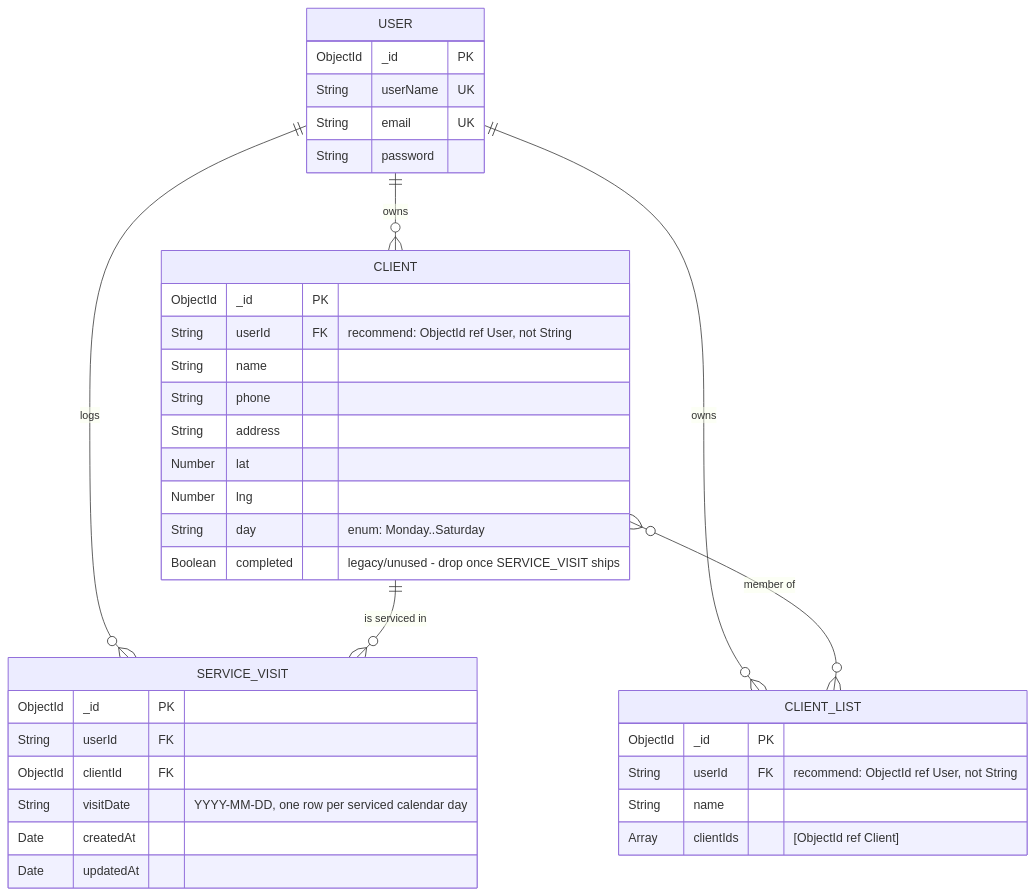
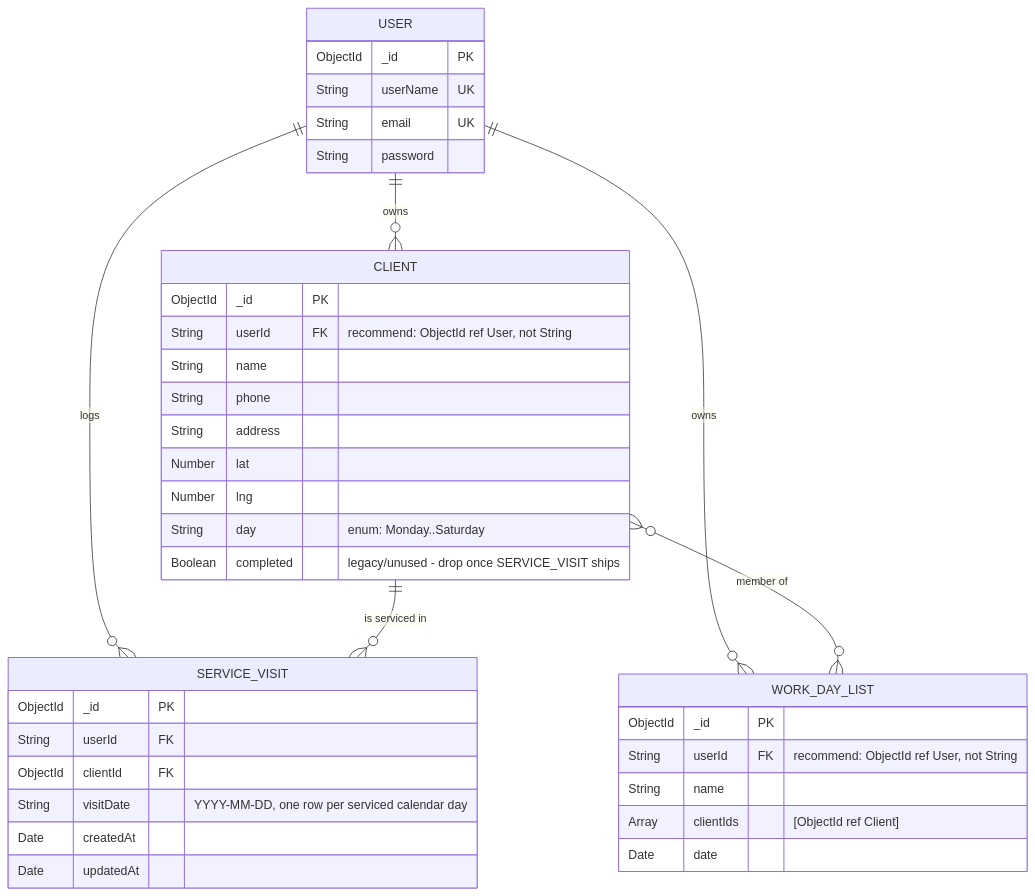
One commit to yepezjuan/casas-v2 changed the diagram in docs/db-schema.mmd. Above: the diagram before and after it, drawn with Mermaid. The commit also changed 10 other files, not shown here.

Commit message:
created custom workDay lists, with a calendar UI

```diff
--- a/docs/db-schema.mmd
+++ b/docs/db-schema.mmd
@@ -1,42 +1,43 @@
 
 erDiagram
     USER ||--o{ CLIENT : owns
-    USER ||--o{ CLIENT_LIST : owns
+    USER ||--o{ WORK_DAY_LIST : owns
     USER ||--o{ SERVICE_VISIT : logs
     CLIENT ||--o{ SERVICE_VISIT : "is serviced in"
-    CLIENT }o--o{ CLIENT_LIST : "member of"
+    CLIENT }o--o{ WORK_DAY_LIST : "member of"
 
     USER {
         ObjectId _id PK
         String userName UK
         String email UK
         String password
     }
 
     CLIENT {
         ObjectId _id PK
         String userId FK "recommend: ObjectId ref User, not String"
         String name
         String phone
         String address
         Number lat
         Number lng
         String day "enum: Monday..Saturday"
         Boolean completed "legacy/unused - drop once SERVICE_VISIT ships"
     }
 
-    CLIENT_LIST {
+    WORK_DAY_LIST {
         ObjectId _id PK
         String userId FK "recommend: ObjectId ref User, not String"
         String name
         Array clientIds "[ObjectId ref Client]"
+        Date date
     }
 
     SERVICE_VISIT {
         ObjectId _id PK
         String userId FK
         ObjectId clientId FK
         String visitDate "YYYY-MM-DD, one row per serviced calendar day"
         Date createdAt
         Date updatedAt
     }
```
